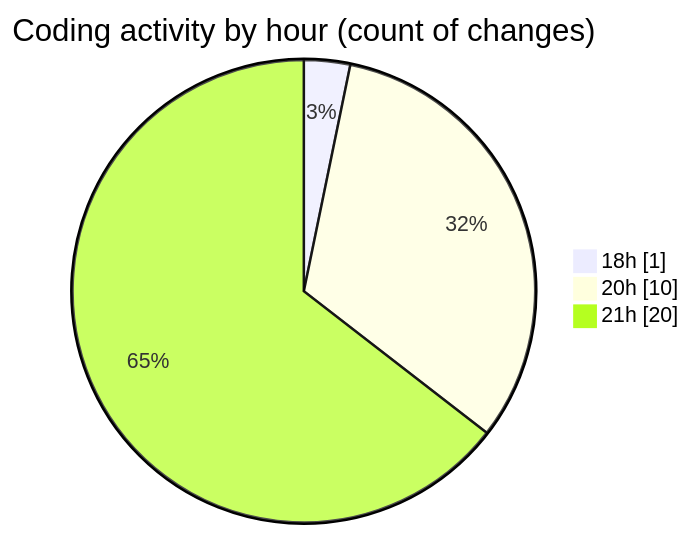
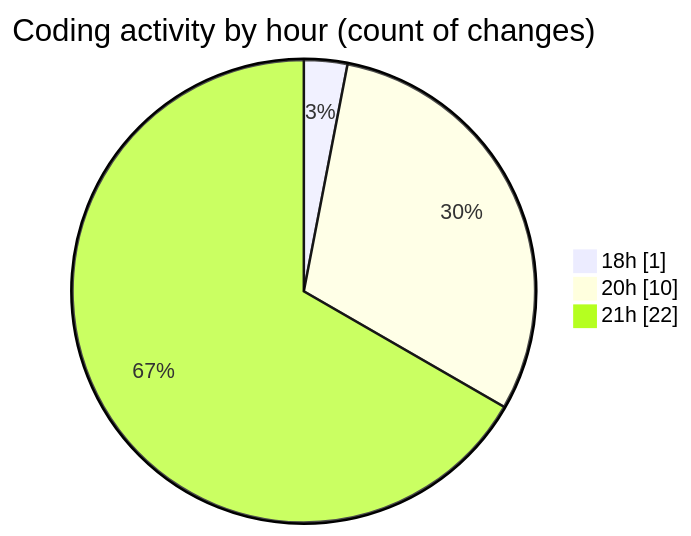
Before and after one commit to MatusMokan/code-tracking: the second of 2 diagrams in 2025-10-08/untitled__workspace_/README.md, drawn with Mermaid. The commit also changed other lines of this file and 1 other file, not shown here.

````diff
--- a/2025-10-08/untitled__workspace_/README.md
+++ b/2025-10-08/untitled__workspace_/README.md
@@ -31,7 +31,7 @@
 ```mermaid
 pie showData
 title Coding activity by hour (count of changes)
 "18h" : 1
 "20h" : 10
-"21h" : 20
+"21h" : 22
 ```
````
